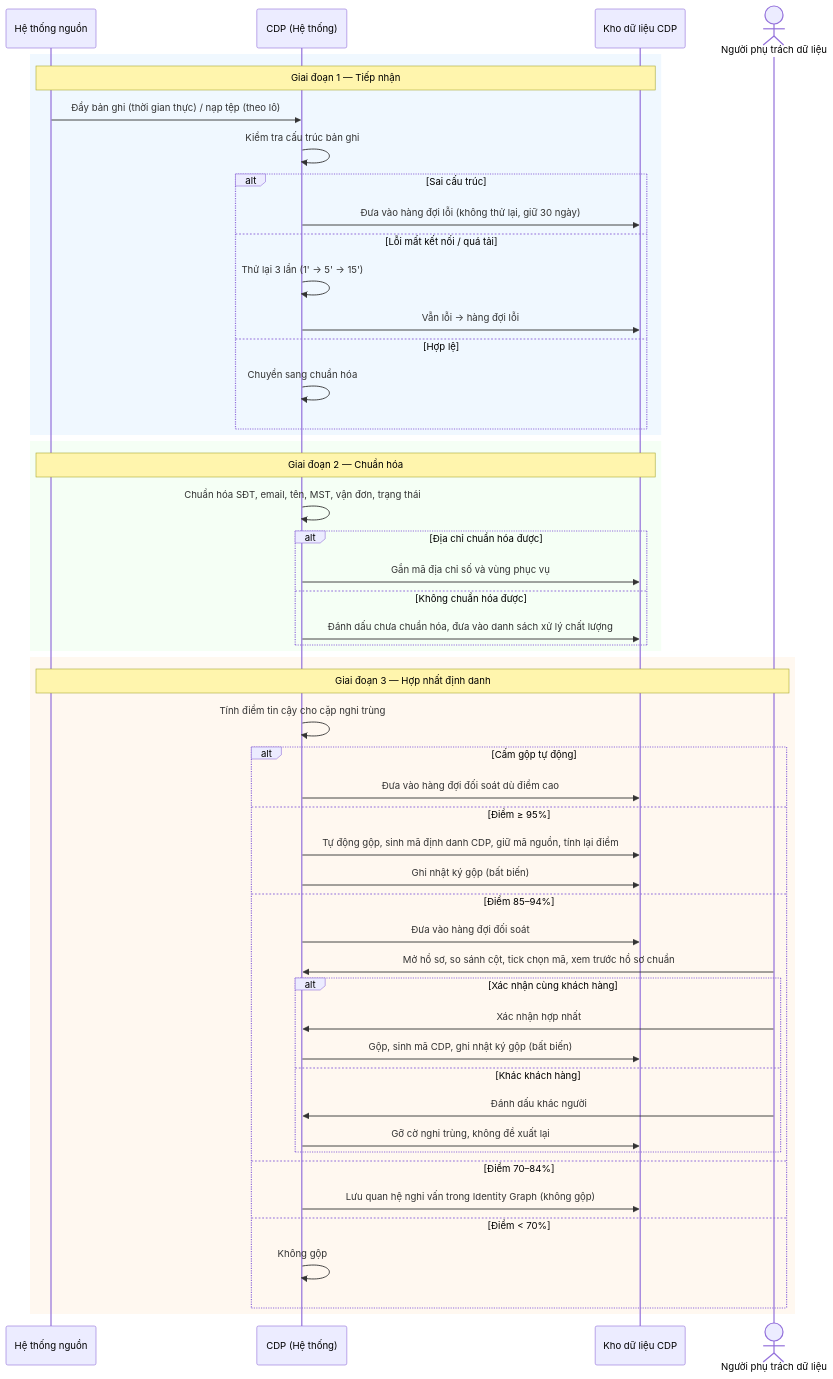
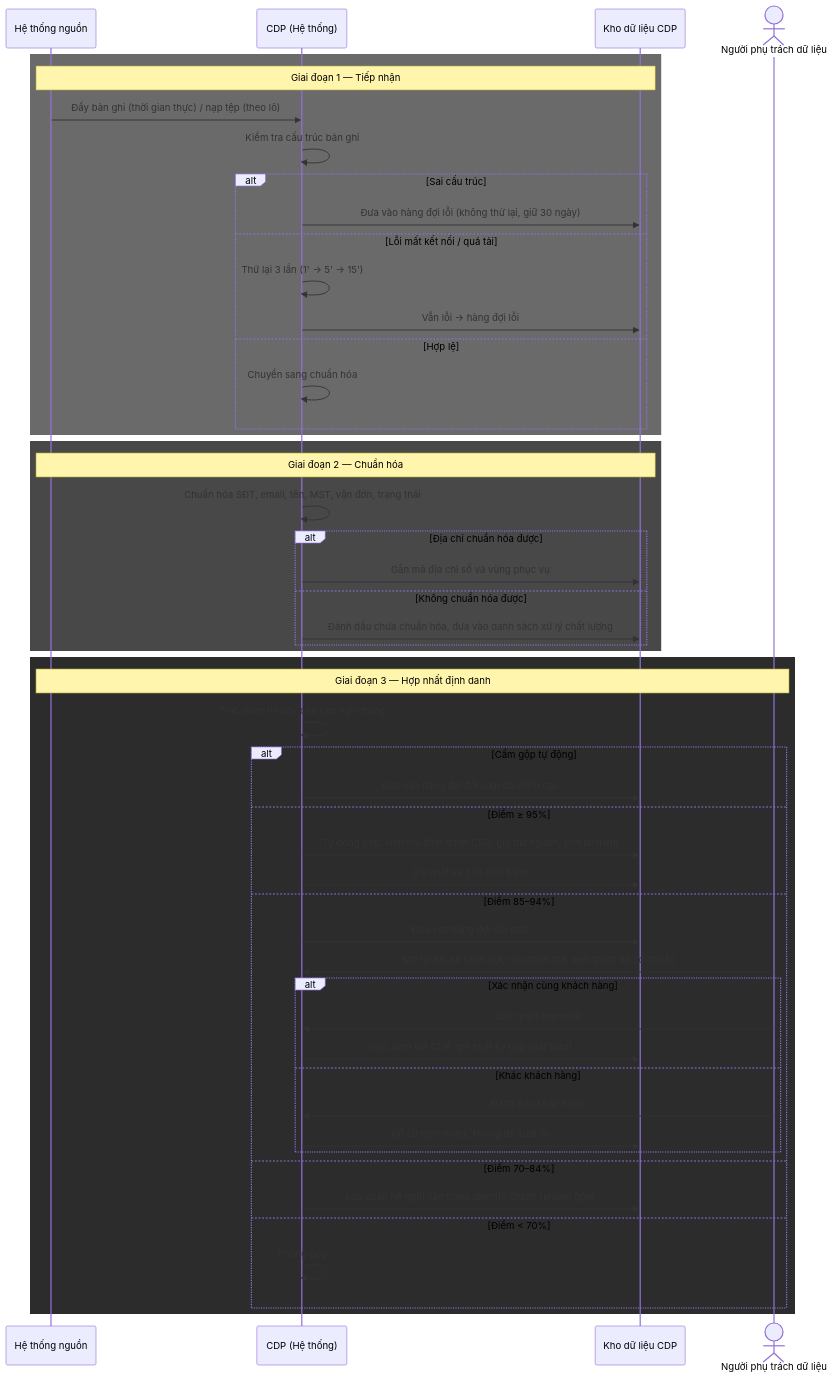
One commit to Dungbtmu/BA-Agent changed the tenth of 11 diagrams in .claude/output/cdp-tct/urd/urd-srs-v1.md. Above: the diagram before and after it, drawn with Mermaid. The commit also changed other lines of this file, not shown here.

````diff
--- a/.claude/output/cdp-tct/urd/urd-srs-v1.md
+++ b/.claude/output/cdp-tct/urd/urd-srs-v1.md
@@ -881,56 +905,56 @@
 ```mermaid
 sequenceDiagram
     participant SRC as Hệ thống nguồn
     participant HT as CDP (Hệ thống)
     participant DB as Kho dữ liệu CDP
     actor DS as Người phụ trách dữ liệu
 
-    rect rgb(240, 248, 255)
+    rect rgba(106, 106, 106, 1)
         Note over SRC,DB: Giai đoạn 1 — Tiếp nhận
         SRC->>HT: Đẩy bản ghi (thời gian thực) / nạp tệp (theo lô)
         HT->>HT: Kiểm tra cấu trúc bản ghi
         alt Sai cấu trúc
             HT->>DB: Đưa vào hàng đợi lỗi (không thử lại, giữ 30 ngày)
         else Lỗi mất kết nối / quá tải
             HT->>HT: Thử lại 3 lần (1' → 5' → 15')
             HT->>DB: Vẫn lỗi → hàng đợi lỗi
         else Hợp lệ
             HT->>HT: Chuyển sang chuẩn hóa
         end
     end
 
-    rect rgb(245, 255, 245)
+    rect rgba(73, 72, 72, 1)
         Note over SRC,DB: Giai đoạn 2 — Chuẩn hóa
         HT->>HT: Chuẩn hóa SĐT, email, tên, MST, vận đơn, trạng thái
         alt Địa chỉ chuẩn hóa được
             HT->>DB: Gắn mã địa chỉ số và vùng phục vụ
         else Không chuẩn hóa được
             HT->>DB: Đánh dấu chưa chuẩn hóa, đưa vào danh sách xử lý chất lượng
         end
     end
 
-    rect rgb(255, 248, 240)
+    rect rgba(44, 44, 44, 1)
         Note over SRC,DS: Giai đoạn 3 — Hợp nhất định danh
         HT->>HT: Tính điểm tin cậy cho cặp nghi trùng
         alt Cấm gộp tự động
             HT->>DB: Đưa vào hàng đợi đối soát dù điểm cao
         else Điểm ≥ 95%
             HT->>DB: Tự động gộp, sinh mã định danh CDP, giữ mã nguồn, tính lại điểm
             HT->>DB: Ghi nhật ký gộp (bất biến)
         else Điểm 85–94%
             HT->>DB: Đưa vào hàng đợi đối soát
             DS->>HT: Mở hồ sơ, so sánh cột, tick chọn mã, xem trước hồ sơ chuẩn
             alt Xác nhận cùng khách hàng
                 DS->>HT: Xác nhận hợp nhất
                 HT->>DB: Gộp, sinh mã CDP, ghi nhật ký gộp (bất biến)
             else Khác khách hàng
                 DS->>HT: Đánh dấu khác người
                 HT->>DB: Gỡ cờ nghi trùng, không đề xuất lại
             end
         else Điểm 70–84%
             HT->>DB: Lưu quan hệ nghi vấn trong Identity Graph (không gộp)
         else Điểm < 70%
             HT->>HT: Không gộp
         end
     end
 ```
````
